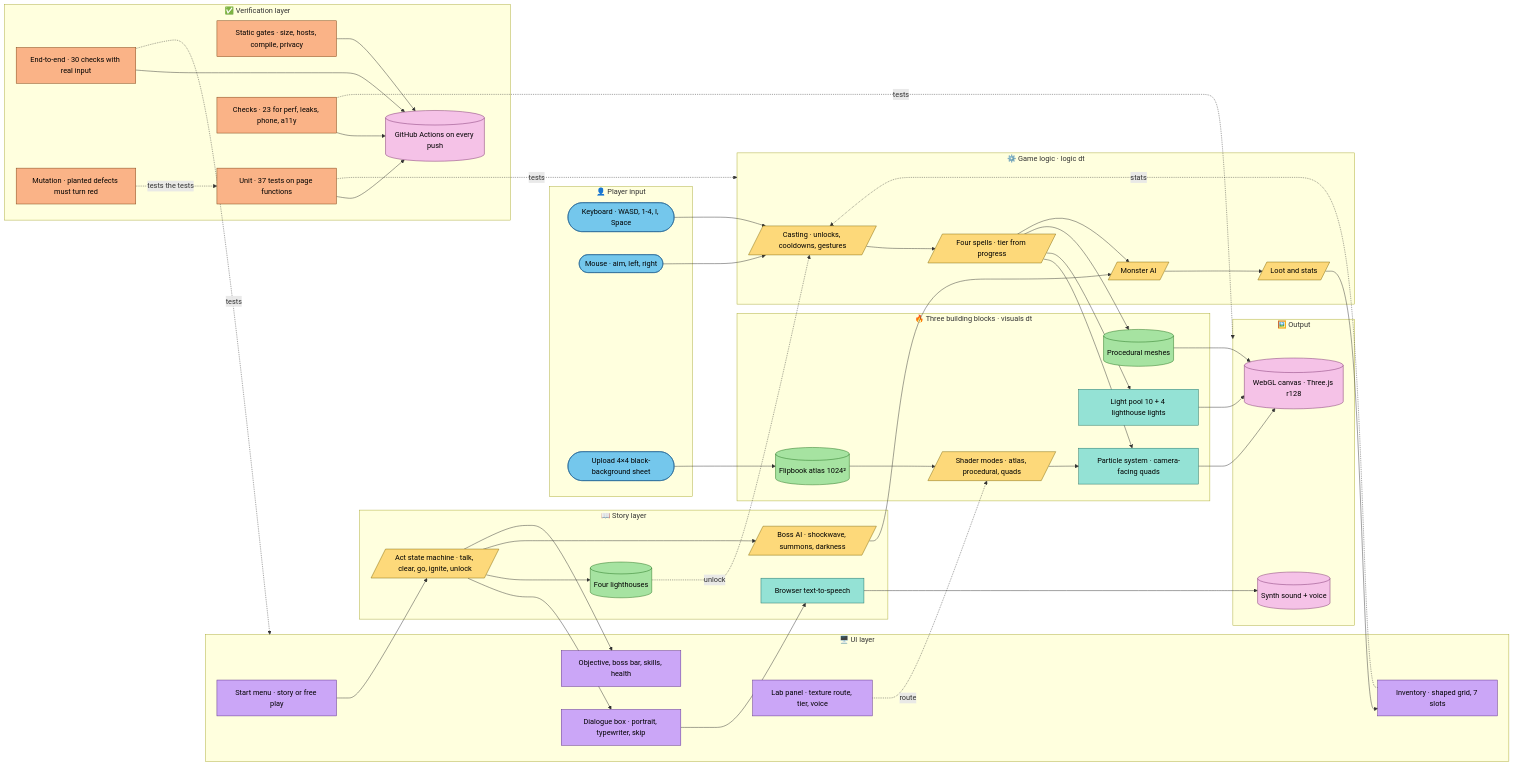
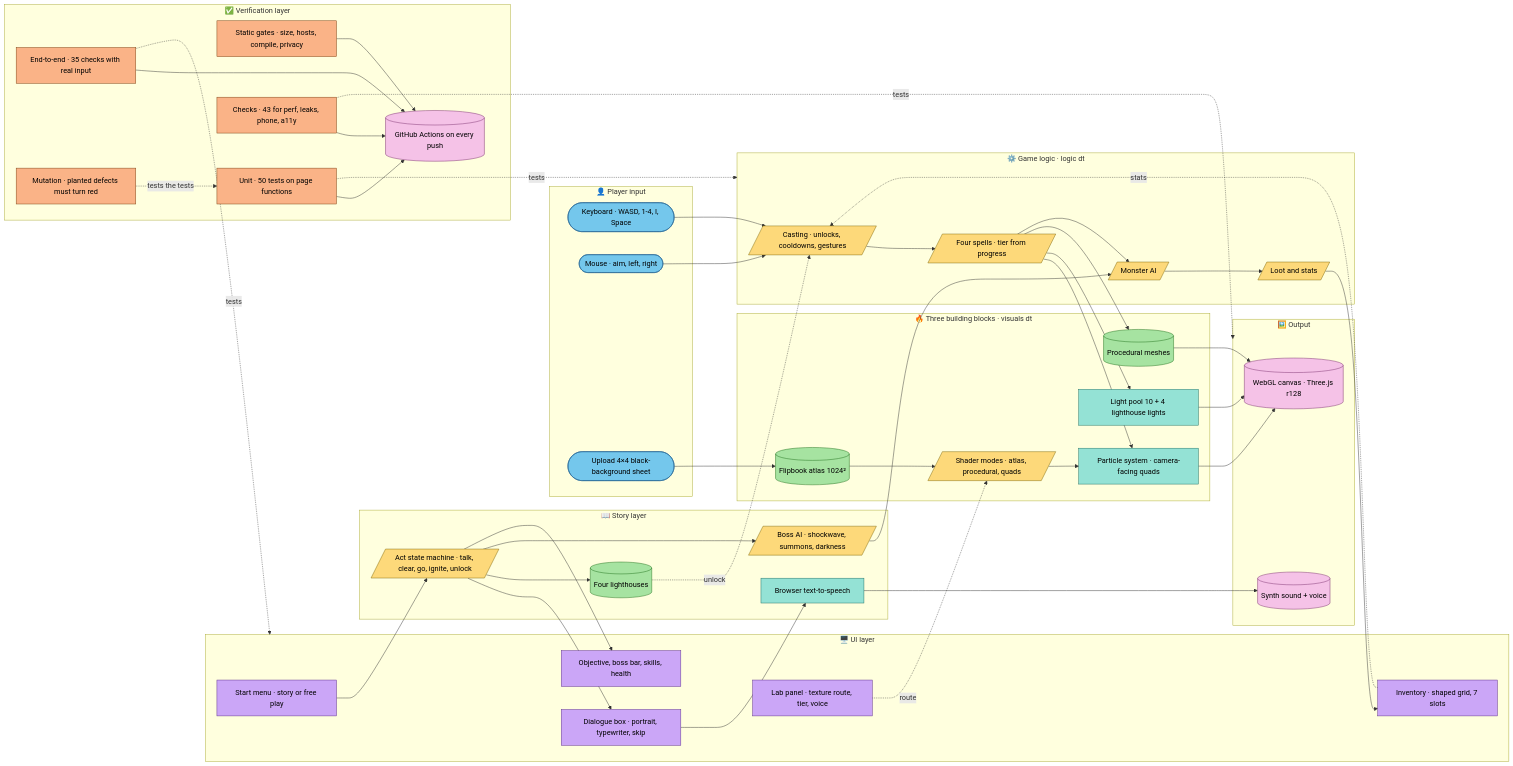
Before and after one commit to Lee-unhn/ember-graveyard: the first of 3 diagrams in README.md, drawn with Mermaid. The commit also changed other lines of this file and 7 other files, not shown here.

```diff
--- a/README.md
+++ b/README.md
@@ -86,9 +97,9 @@
   end
   subgraph VERIFY[✅ Verification layer]
     STATIC[Static gates · size, hosts, compile, privacy]:::safety
-    UNIT[Unit · 37 tests on page functions]:::safety
-    E2E[End-to-end · 30 checks with real input]:::safety
-    CHECKS[Checks · 23 for perf, leaks, phone, a11y]:::safety
+    UNIT[Unit · 50 tests on page functions]:::safety
+    E2E[End-to-end · 35 checks with real input]:::safety
+    CHECKS[Checks · 43 for perf, leaks, phone, a11y]:::safety
     MUT[Mutation · planted defects must turn red]:::safety
     CI[(GitHub Actions on every push)]:::output
   end
```
